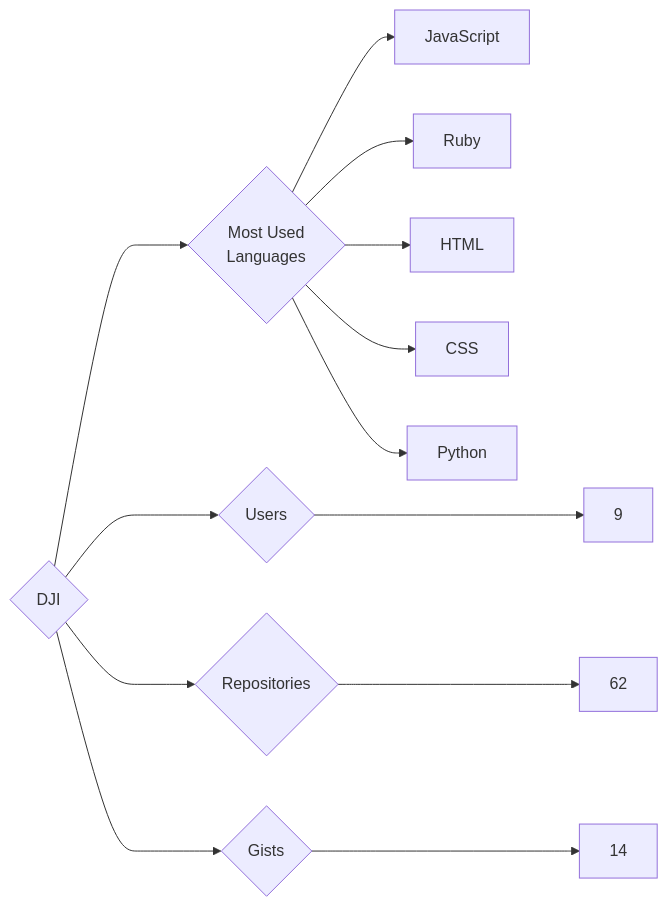
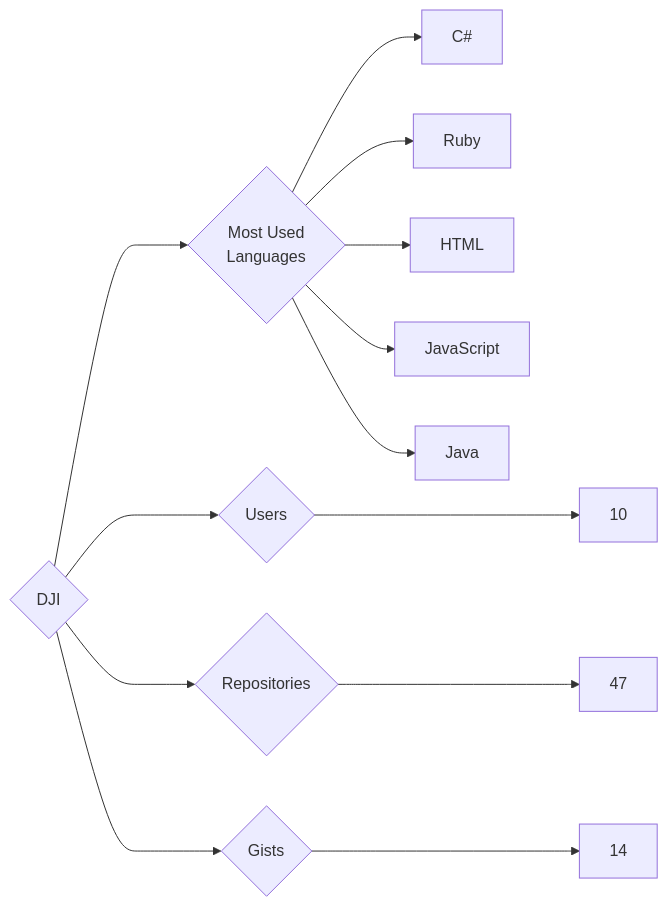
The diagram in targets/DJI/README.md (trickest/insiders), drawn with Mermaid before and after one commit. The commit also changed 953 other files, not shown here.

````diff
--- a/targets/DJI/README.md
+++ b/targets/DJI/README.md
@@ -3,13 +3,13 @@
 ```mermaid
 graph LR
 COMPANY_NAME{DJI}
-COMPANY_NAME ---> U{Users} ---> UN[9]
-COMPANY_NAME ---> R{Repositories} ---> RN[62]
+COMPANY_NAME ---> U{Users} ---> UN[10]
+COMPANY_NAME ---> R{Repositories} ---> RN[47]
 COMPANY_NAME ---> G{Gists} ---> GN[14]
 COMPANY_NAME ---> ML{Most Used<br>Languages}
-ML --> JavaScript[JavaScript]
+ML --> C#[C#]
 ML --> Ruby[Ruby]
 ML --> HTML[HTML]
-ML --> CSS[CSS]
-ML --> Python[Python]
+ML --> JavaScript[JavaScript]
+ML --> Java[Java]
 ```
````
